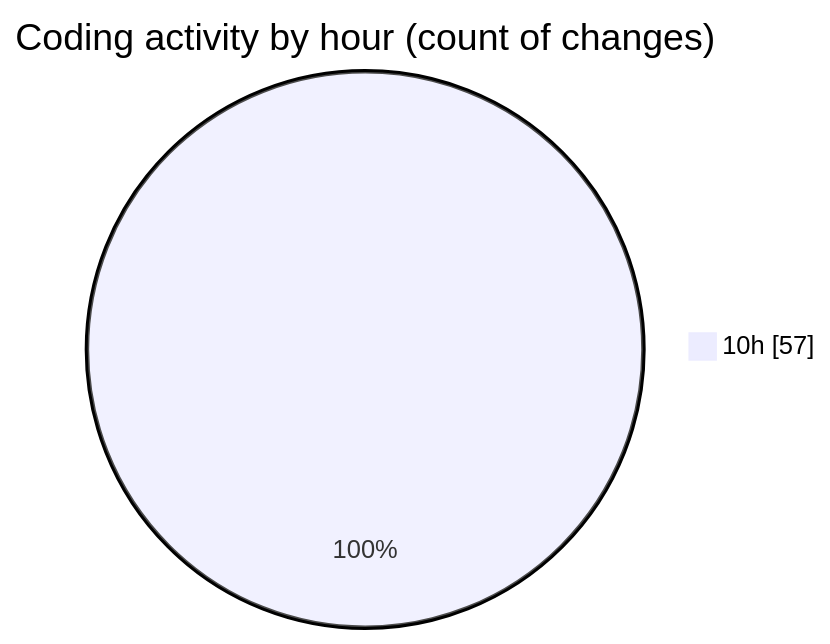
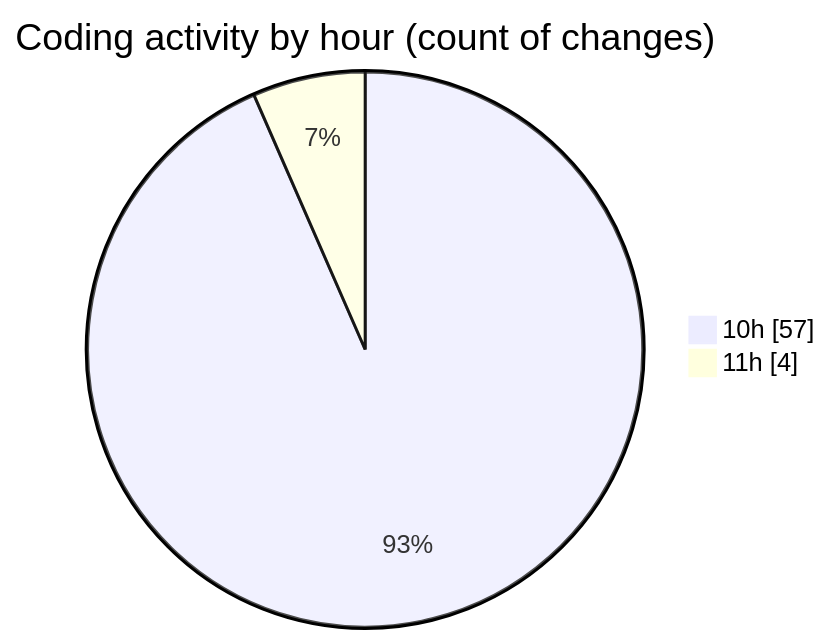
Before and after one commit to LanceThiago/code-tracking: the second of 2 diagrams in 2025-01-13/nueva_carpeta/README.md, drawn with Mermaid. The commit also changed other lines of this file and 1 other file, not shown here.

````diff
--- a/2025-01-13/nueva_carpeta/README.md
+++ b/2025-01-13/nueva_carpeta/README.md
@@ -28,5 +28,6 @@
 ```mermaid
 pie showData
 title Coding activity by hour (count of changes)
 "10h" : 57
+"11h" : 4
 ```
````
